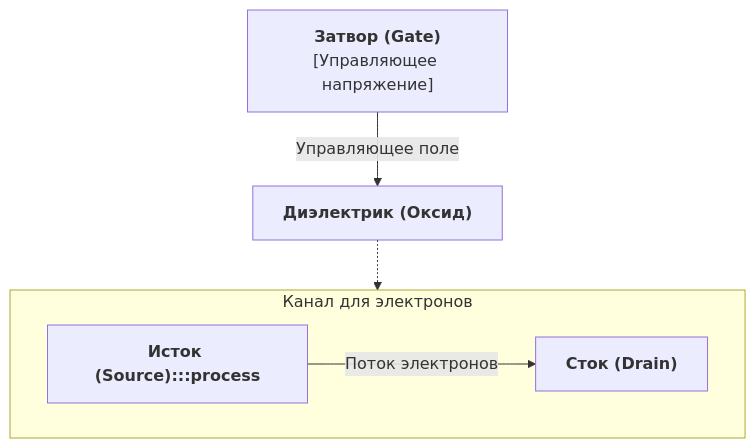
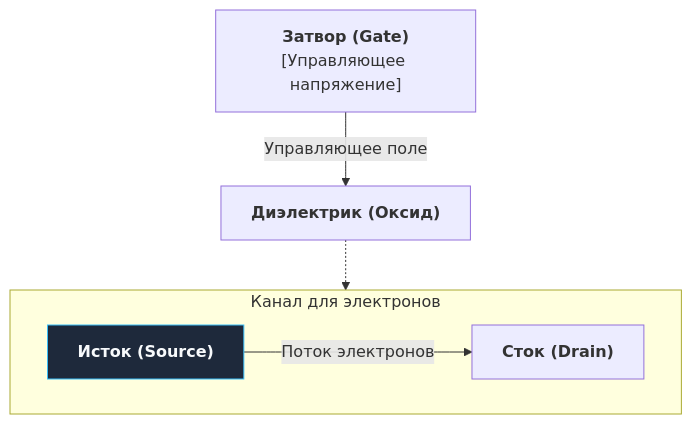
Before and after one commit to UnrealTemplier/go-textbook-ru: the first of 2 diagrams in sources/1. Архитектура компьютера/2. Транзисторы, биты и логические вентили.md, drawn with Mermaid. The commit also changed other lines of this file and 77 other files, not shown here.

````diff
--- a/sources/1. Архитектура компьютера/2. Транзисторы, биты и логические вентили.md
+++ b/sources/1. Архитектура компьютера/2. Транзисторы, биты и логические вентили.md
@@ -19,23 +19,23 @@
 ```mermaid
 flowchart TD
     classDef process  fill:#1e293b,stroke:#38bdf8,stroke-width:1px,color:#f8fafc
     classDef success  fill:#064e3b,stroke:#34d399,stroke-width:1px,color:#f8fafc
     classDef error    fill:#7f1d1d,stroke:#f87171,stroke-width:1px,color:#f8fafc
     classDef warning  fill:#78350f,stroke:#fbbf24,stroke-width:1px,color:#f8fafc
     classDef entry    fill:#1e3a5f,stroke:#38bdf8,stroke-width:2px,color:#f8fafc
     classDef aux      fill:#334155,stroke:#64748b,stroke-width:1px,color:#f8fafc
     classDef system   fill:#312e81,stroke:#a78bfa,stroke-width:1px,color:#f8fafc
     classDef data     fill:#132d29,stroke:#2dd4bf,stroke-width:1px,color:#f8fafc
     classDef network  fill:#881337,stroke:#fb7185,stroke-width:1px,color:#f8fafc
     classDef accent   fill:#1e1b4b,stroke:#818cf8,stroke-width:1px,color:#f8fafc
     Gate["<b>Затвор (Gate)</b><br>[Управляющее напряжение]"]
     Dielectric["<b>Диэлектрик (Оксид)</b>"]
     
     subgraph Channel ["Канал для электронов"]
         direction LR
-        Source["<b>Исток (Source):::process</b>"] -->|"Поток электронов"| Drain["<b>Сток (Drain)</b>"]
+        Source["<b>Исток (Source)</b>"]:::process -->|"Поток электронов"| Drain["<b>Сток (Drain)</b>"]
     end
     
     Gate -->|"Управляющее поле"| Dielectric
     Dielectric -.-> Channel
 ```
````
